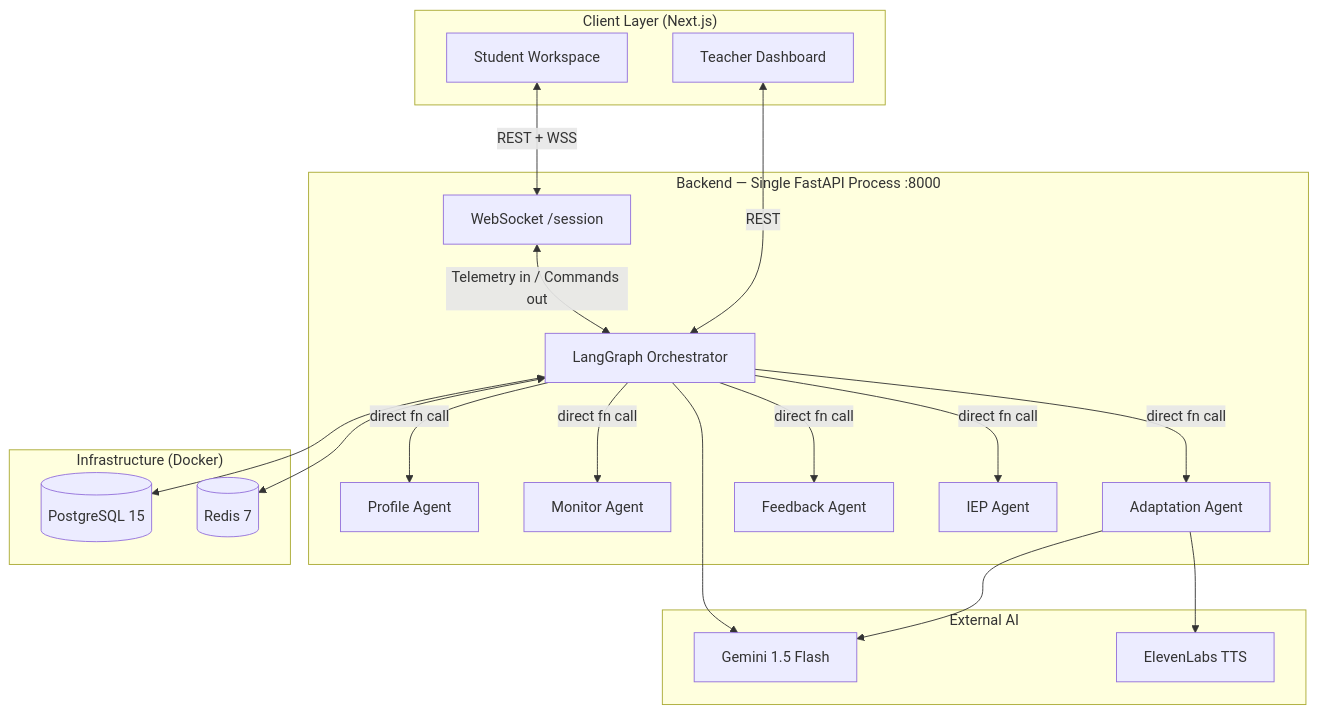
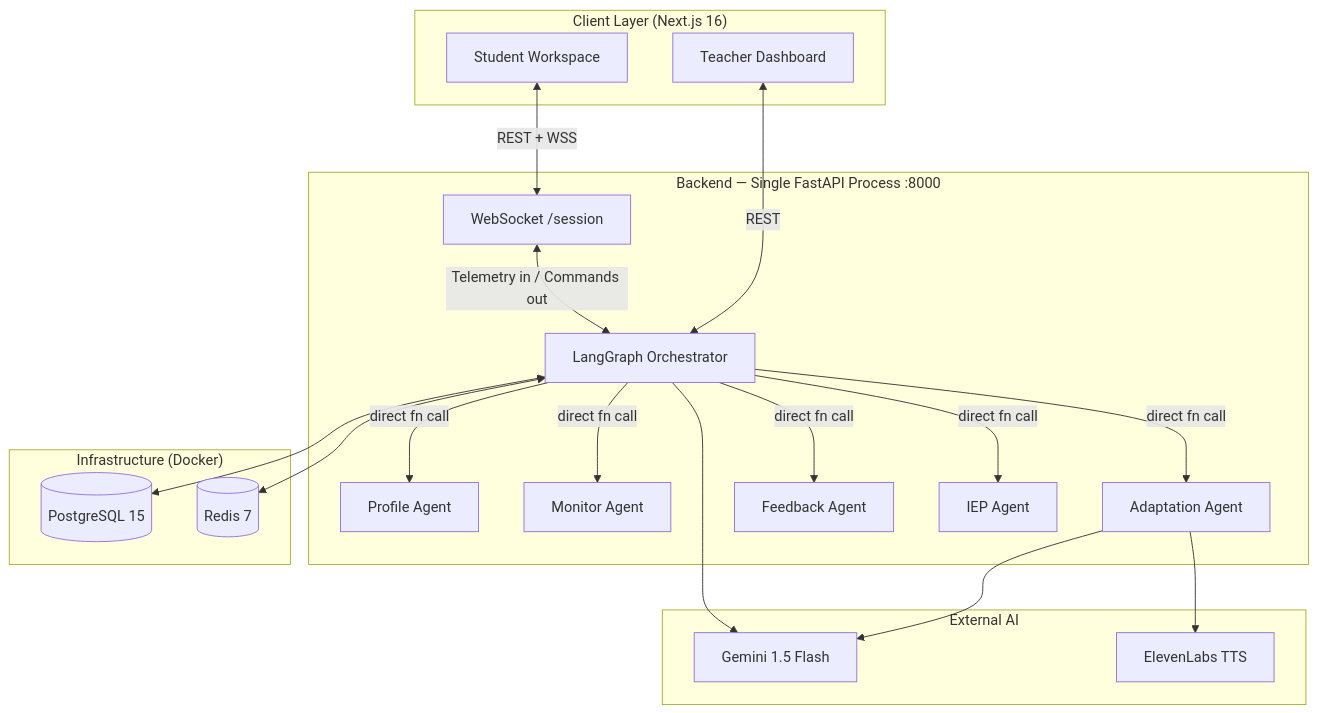
One commit to zakariabouy/Adapt_Learn changed the second of 2 diagrams in README.md. Above: the diagram before and after it, drawn with Mermaid. The commit also changed other lines of this file, not shown here.

````diff
--- a/README.md
+++ b/README.md
@@ -62,42 +63,42 @@
 ```mermaid
 graph TD
-    subgraph "Client Layer (Next.js)"
+    subgraph "Client Layer (Next.js 16)"
         SW[Student Workspace]
         TD[Teacher Dashboard]
     end
 
     subgraph "Backend — Single FastAPI Process :8000"
         WS[WebSocket /session]
         OR[LangGraph Orchestrator]
         PR[Profile Agent]
         MO[Monitor Agent]
         AD[Adaptation Agent]
         FE[Feedback Agent]
         IE[IEP Agent]
 
         WS <-->|Telemetry in / Commands out| OR
         OR -->|direct fn call| PR
         OR -->|direct fn call| MO
         OR -->|direct fn call| AD
         OR -->|direct fn call| FE
         OR -->|direct fn call| IE
     end
 
     subgraph "Infrastructure (Docker)"
         DB[(PostgreSQL 15)]
         RD[(Redis 7)]
     end
 
     subgraph "External AI"
         GS[Gemini 1.5 Flash]
         EL[ElevenLabs TTS]
     end
 
     SW <-->|REST + WSS| WS
     TD <-->|REST| OR
     OR <--> DB
     OR <--> RD
     OR --> GS
     AD --> GS
     AD --> EL
 ```
````
